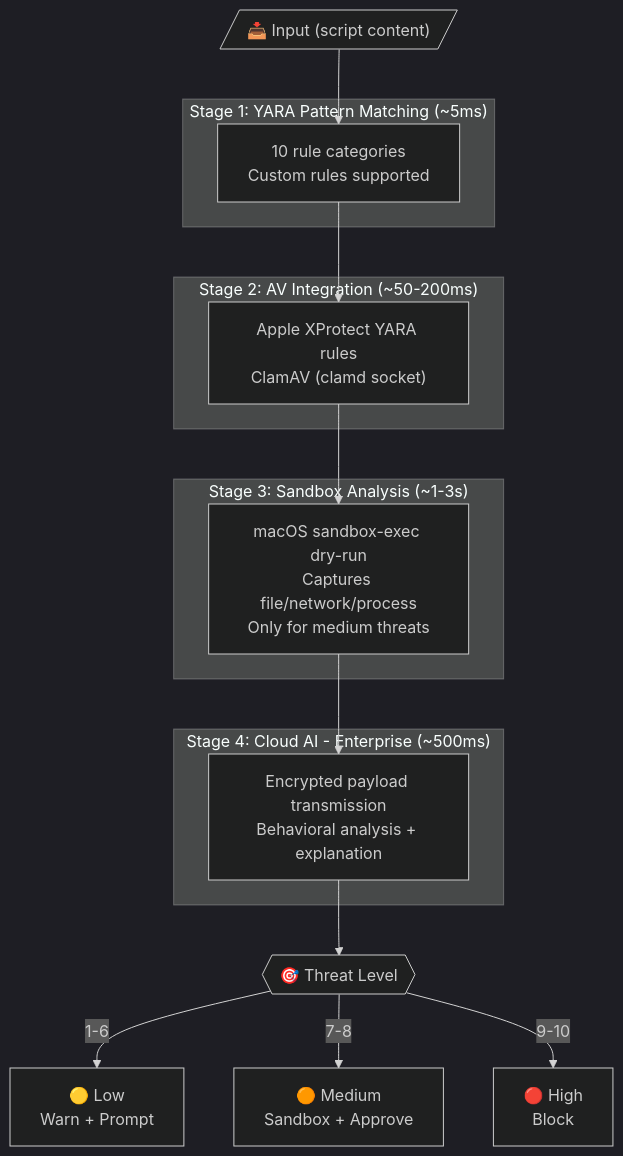
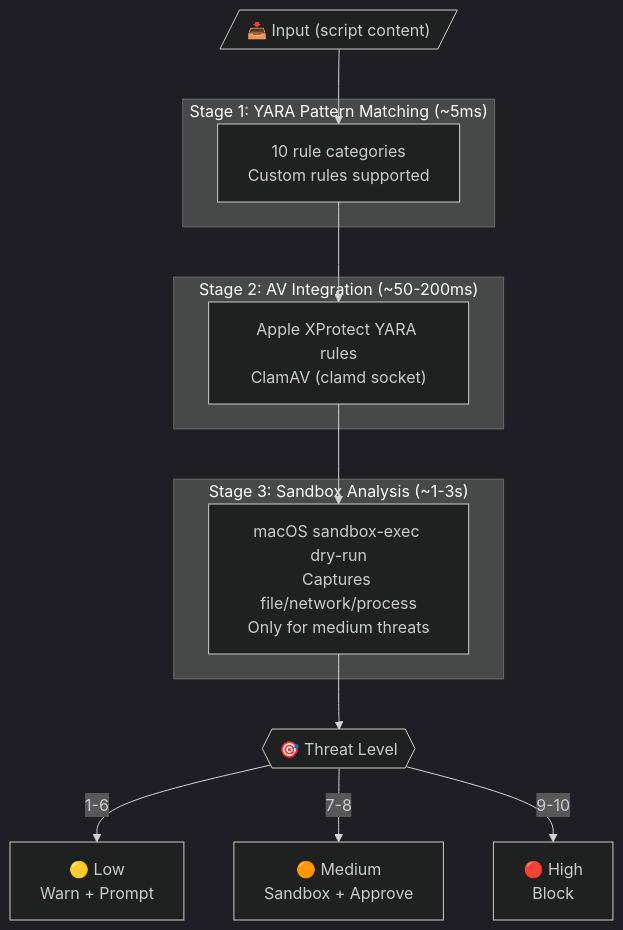
One commit to SecurityRonin/pipeguard changed the diagram in README.md. Above: the diagram before and after it, drawn with Mermaid (dark theme). The commit also changed other lines of this file and 1 other file, not shown here.

First line of the commit message:
refactor: Move enterprise content to pipeguard-pro

````diff
--- a/README.md
+++ b/README.md
@@ -68,32 +68,26 @@
 ```mermaid
 flowchart TD
     A[/"📥 Input (script content)"/] --> B
 
     subgraph Stage1["Stage 1: YARA Pattern Matching (~5ms)"]
         B["10 rule categories<br/>Custom rules supported"]
     end
 
     B --> C
 
     subgraph Stage2["Stage 2: AV Integration (~50-200ms)"]
         C["Apple XProtect YARA rules<br/>ClamAV (clamd socket)"]
     end
 
     C --> D
 
     subgraph Stage3["Stage 3: Sandbox Analysis (~1-3s)"]
         D["macOS sandbox-exec dry-run<br/>Captures file/network/process<br/>Only for medium threats"]
     end
 
-    D --> E
-
-    subgraph Stage4["Stage 4: Cloud AI - Enterprise (~500ms)"]
-        E["Encrypted payload transmission<br/>Behavioral analysis + explanation"]
-    end
-
-    E --> F{{"🎯 Threat Level"}}
+    D --> F{{"🎯 Threat Level"}}
 
     F -->|"1-6"| G["🟡 Low<br/>Warn + Prompt"]
     F -->|"7-8"| H["🟠 Medium<br/>Sandbox + Approve"]
     F -->|"9-10"| I["🔴 High<br/>Block"]
 ```
````
